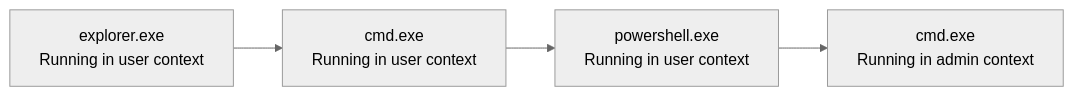
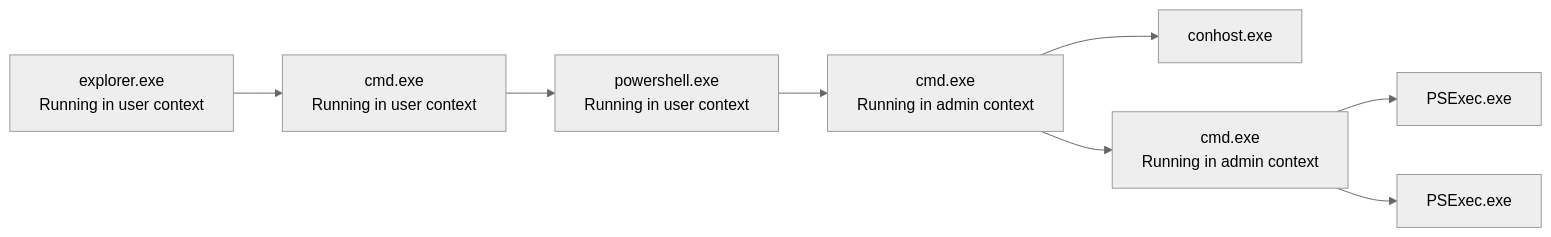
Before and after one commit to WildDogOne/DemonWareXT.github.io: the diagram in _posts/2022-05-17-Powershell-PSexec.md, drawn with Mermaid (neutral theme). The commit also changed other lines of this file and 3 other files, not shown here.

```diff
--- a/_posts/2022-05-17-Powershell-PSexec.md
+++ b/_posts/2022-05-17-Powershell-PSexec.md
@@ -38,10 +88,18 @@
 <div class="mermaid">
 flowchart LR;
     ex[explorer.exe\nRunning in user context];
     cmd1[cmd.exe\nRunning in user context];
     ps1[powershell.exe\nRunning in user context];
     cmd2[cmd.exe\nRunning in admin context];
+    conhost[conhost.exe];
+    cmd3[cmd.exe\nRunning in admin context];
+    PSExec[PSExec.exe];
+    PSExec2[PSExec.exe];
     ex --> cmd1;
     cmd1 --> ps1;
     ps1 --> cmd2;
+    cmd2 --> cmd3;
+    cmd2 --> conhost;
+    cmd3 --> PSExec;
+    cmd3 --> PSExec2;
 </div>
```
